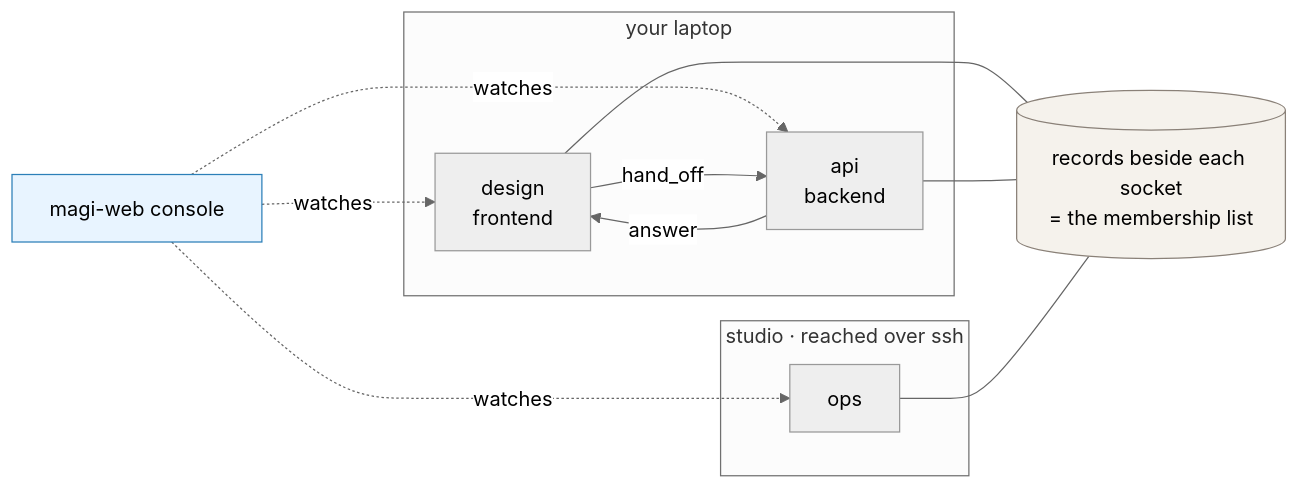
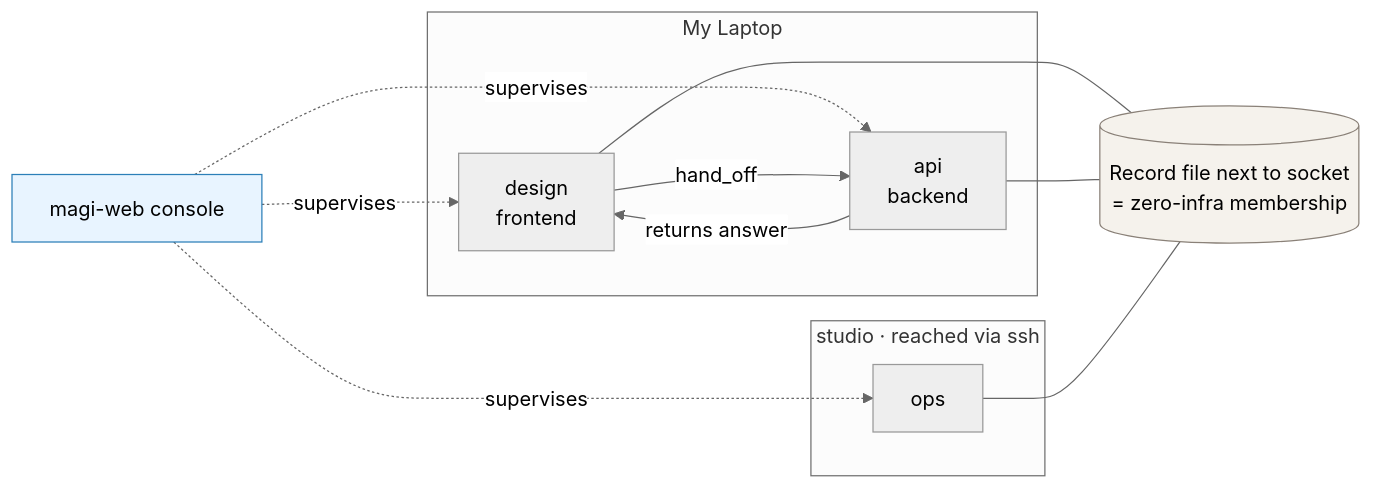
One commit to sayaya1090/magi changed the fourth of 5 diagrams in README.md. Above: the diagram before and after it, drawn with Mermaid (neutral theme). The commit also changed other lines of this file and 6 other files, not shown here.

````diff
--- a/README.md
+++ b/README.md
@@ -222,17 +244,17 @@
 ```mermaid
 flowchart LR
-    subgraph laptop [your laptop]
+    subgraph laptop [My Laptop]
         D1[design<br/>frontend]
         D2[api<br/>backend]
     end
-    subgraph studio [studio · reached over ssh]
+    subgraph studio [studio · reached via ssh]
         D3[ops]
     end
-    W[magi-web console] -.watches.-> D1 & D2 & D3
+    W[magi-web console] -.supervises.-> D1 & D2 & D3
     D1 -- hand_off --> D2
-    D2 -- answer --> D1
-    D1 & D2 & D3 --- REC[(records beside each socket<br/>= the membership list)]
+    D2 -- returns answer --> D1
+    D1 & D2 & D3 --- REC[(Record file next to socket<br/>= zero-infra membership)]
 
     style W fill:#e8f4ff,stroke:#2c7fb8
     style REC fill:#f5f2ec,stroke:#8a8178
 ```
````
